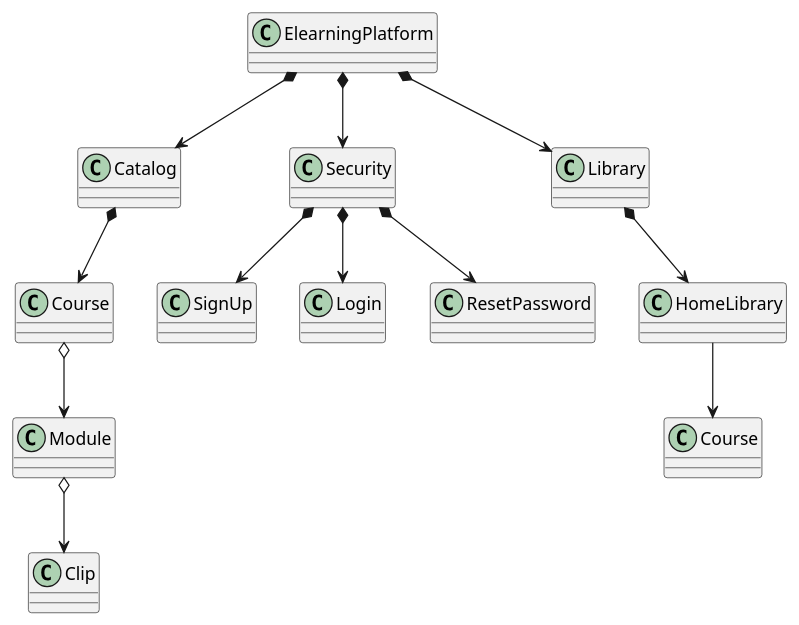
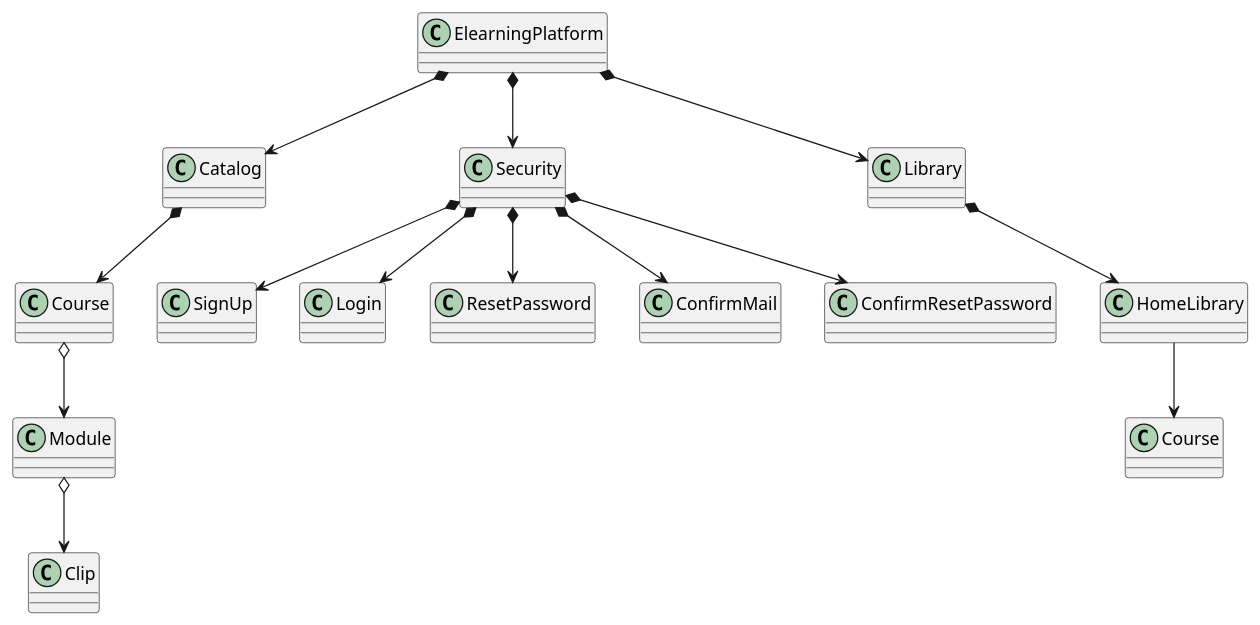
The diagram in 4+1View/Scenarios/domain-model.puml (jmanuelsoberano/CleanArchitectureNetCoreTemplate), drawn with PlantUML before and after one commit. The commit also changed 7 other files, not shown here.

Commit message:
Update Diagrams PlanUML & README

```diff
--- a/4+1View/Scenarios/domain-model.puml
+++ b/4+1View/Scenarios/domain-model.puml
@@ -1,22 +1,24 @@
 @startuml
 'https://plantuml.com/class-diagram
 
 class "Course" as CourseCatalog {}
 class "Module" as ModuleCatalog {}
 class "Clip" as ClipCatalog {}
 
 ElearningPlatform *--> Catalog
 Catalog *--> CourseCatalog
 CourseCatalog o--> ModuleCatalog 
 ModuleCatalog o--> ClipCatalog
 
 ElearningPlatform *--> Security
 Security *--> SignUp
 Security *--> Login
 Security *--> ResetPassword
+Security *--> ConfirmMail
+Security *--> ConfirmResetPassword
 
 ElearningPlatform *--> Library
 Library *--> HomeLibrary
 HomeLibrary --> Course
 
 @enduml
```
